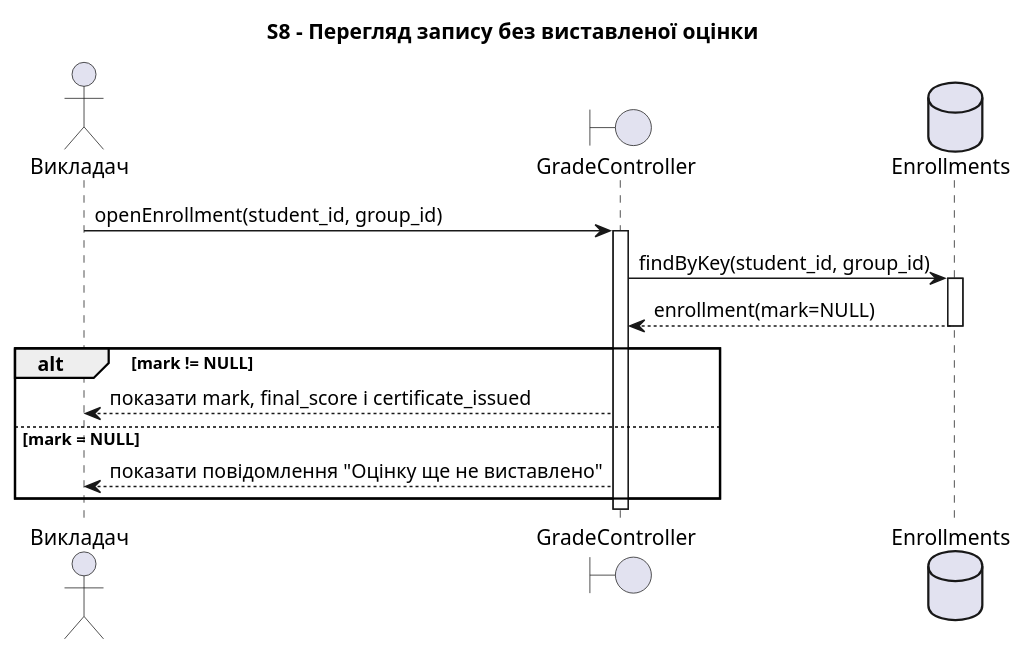
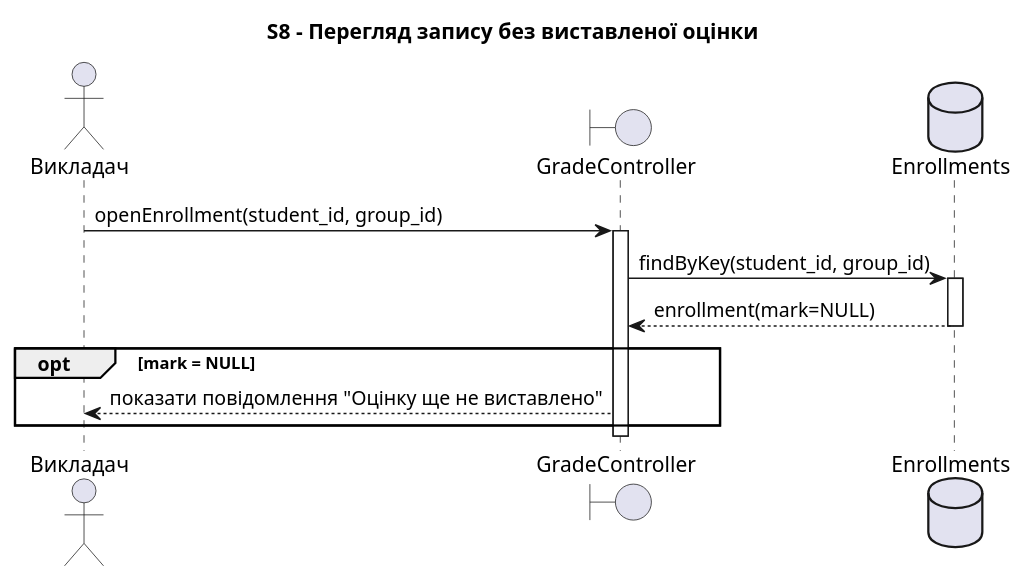
The eighth of 8 diagrams in lab3/sequence-diagrams.puml (ka1tya/KPI), drawn with PlantUML before and after one commit. The commit also changed other lines of this file and 1 other file, not shown here.

```diff
--- a/lab3/sequence-diagrams.puml
+++ b/lab3/sequence-diagrams.puml
@@ -269,20 +267,18 @@
 @startuml S8
  title S8 - Перегляд запису без виставленої оцінки
 
  actor "Викладач" as Teacher
  boundary "GradeController" as Controller
  database "Enrollments" as Enrollments
 
  Teacher -> Controller : openEnrollment(student_id, group_id)
  activate Controller
  Controller -> Enrollments : findByKey(student_id, group_id)
  activate Enrollments
  Enrollments --> Controller : enrollment(mark=NULL)
  deactivate Enrollments
- alt mark != NULL
-   Controller --> Teacher : показати mark, final_score і certificate_issued
- else mark = NULL
+ opt mark = NULL
    Controller --> Teacher : показати повідомлення "Оцінку ще не виставлено"
  end
  deactivate Controller
 @enduml
```
